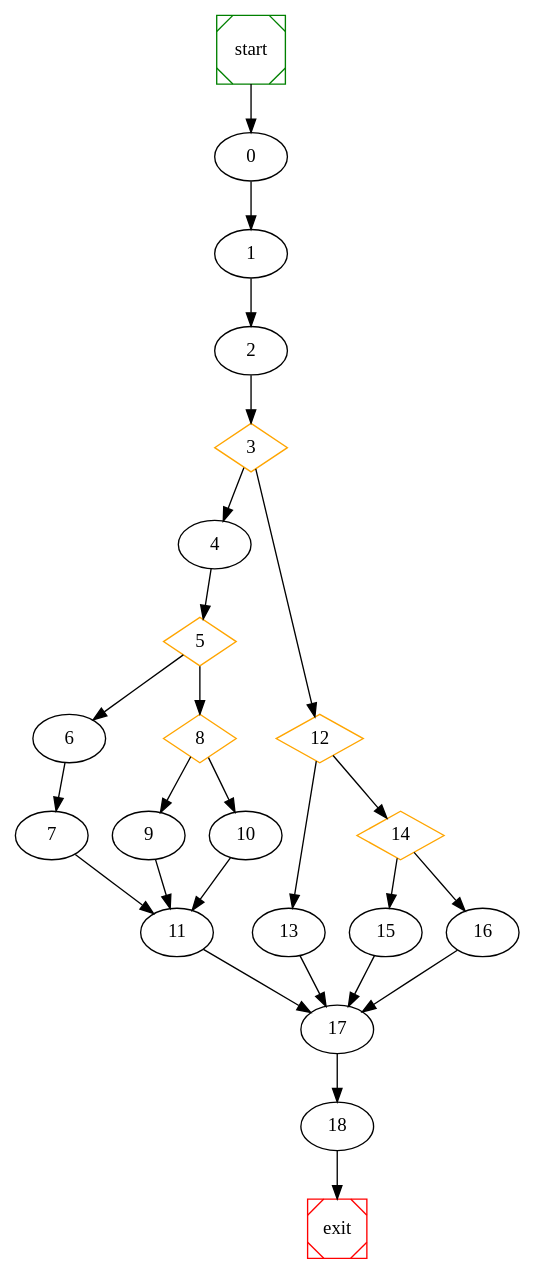
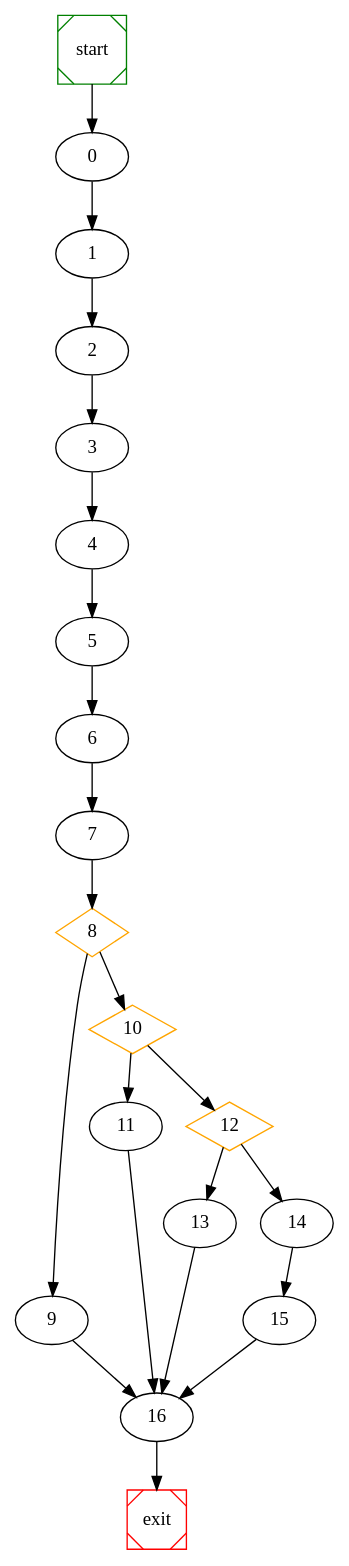
One commit to NabeelQaiser/BTP_2k18-19 changed the diagram in cnf/raw_graph.dot. Above: the diagram before and after it, drawn with Graphviz. The commit also changed 5 other files, not shown here.

```diff
--- a/cnf/raw_graph.dot
+++ b/cnf/raw_graph.dot
@@ -1,37 +1,31 @@
 # dot file created at runtime
 
 digraph G {
 	start -> 0;
 	0 -> 1 ;
 	1 -> 2 ;
-	3 [shape=diamond, color=orange] ;
-	5 [shape=diamond, color=orange] ;
+	2 -> 3 ;
+	3 -> 4 ;
+	4 -> 5 ;
+	5 -> 6 ;
 	6 -> 7 ;
-	5 -> 6 ;
 	8 [shape=diamond, color=orange] ;
-	5 -> 8 ;
 	8 -> 9 ;
+	10 [shape=diamond, color=orange] ;
 	8 -> 10 ;
-	4 -> 5 ;
-	7 -> 11 ;
-	9 -> 11 ;
 	10 -> 11 ;
-	3 -> 4 ;
 	12 [shape=diamond, color=orange] ;
-	3 -> 12 ;
+	10 -> 12 ;
 	12 -> 13 ;
-	14 [shape=diamond, color=orange] ;
+	14 -> 15 ;
 	12 -> 14 ;
-	14 -> 15 ;
-	14 -> 16 ;
-	2 -> 3 ;
-	11 -> 17 ;
-	16 -> 17 ;
-	15 -> 17 ;
-	13 -> 17 ;
-	17 -> 18 ;
-	18 -> exit;
+	7 -> 8 ;
+	11 -> 16 ;
+	9 -> 16 ;
+	13 -> 16 ;
+	15 -> 16 ;
+	16 -> exit;
 
 	start [shape=Msquare, color=green];
 	exit [shape=Msquare, color=red];
 }
```
